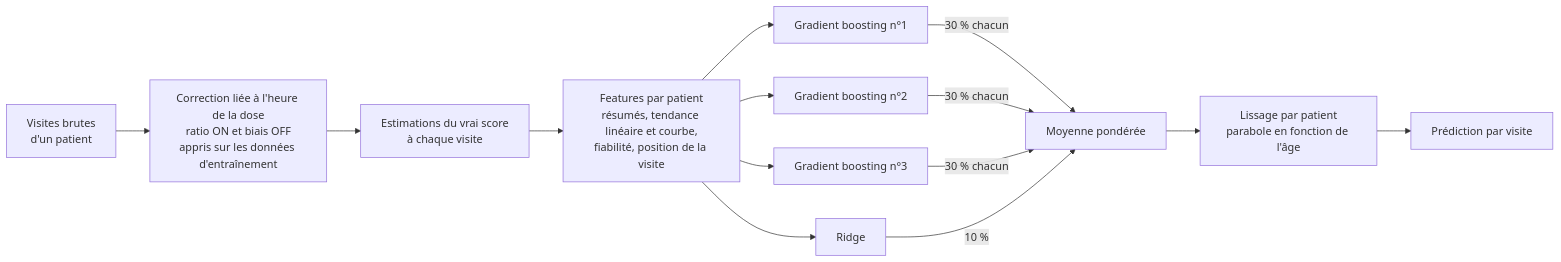
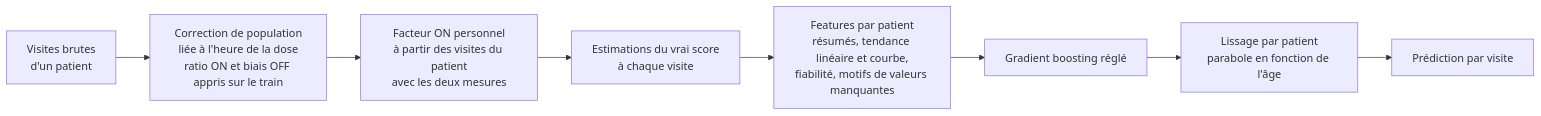
One commit to MadeleineAhmed/IBMHackathonGroup1 changed the second of 2 diagrams in METHODOLOGIE.md. Above: the diagram before and after it, drawn with Mermaid. The commit also changed other lines of this file and 2 other files, not shown here.

````diff
--- a/METHODOLOGIE.md
+++ b/METHODOLOGIE.md
@@ -115,14 +118,10 @@
 ```mermaid
 flowchart LR
-    A[Visites brutes<br/>d'un patient] --> B[Correction liée à l'heure de la dose<br/>ratio ON et biais OFF<br/>appris sur les données d'entraînement]
-    B --> C[Estimations du vrai score<br/>à chaque visite]
-    C --> D[Features par patient<br/>résumés, tendance linéaire et courbe,<br/>fiabilité, position de la visite]
-    D --> E1[Gradient boosting n°1]
-    D --> E2[Gradient boosting n°2]
-    D --> E3[Gradient boosting n°3]
-    D --> E4[Ridge]
-    E1 & E2 & E3 -->|30 % chacun| F[Moyenne pondérée]
-    E4 -->|10 %| F
-    F --> G[Lissage par patient<br/>parabole en fonction de l'âge]
+    A[Visites brutes<br/>d'un patient] --> B[Correction de population<br/>liée à l'heure de la dose<br/>ratio ON et biais OFF appris sur le train]
+    B --> P[Facteur ON personnel<br/>à partir des visites du patient<br/>avec les deux mesures]
+    P --> C[Estimations du vrai score<br/>à chaque visite]
+    C --> D[Features par patient<br/>résumés, tendance linéaire et courbe,<br/>fiabilité, motifs de valeurs manquantes]
+    D --> E[Gradient boosting réglé]
+    E --> G[Lissage par patient<br/>parabole en fonction de l'âge]
     G --> H[Prédiction par visite]
 ```
````
